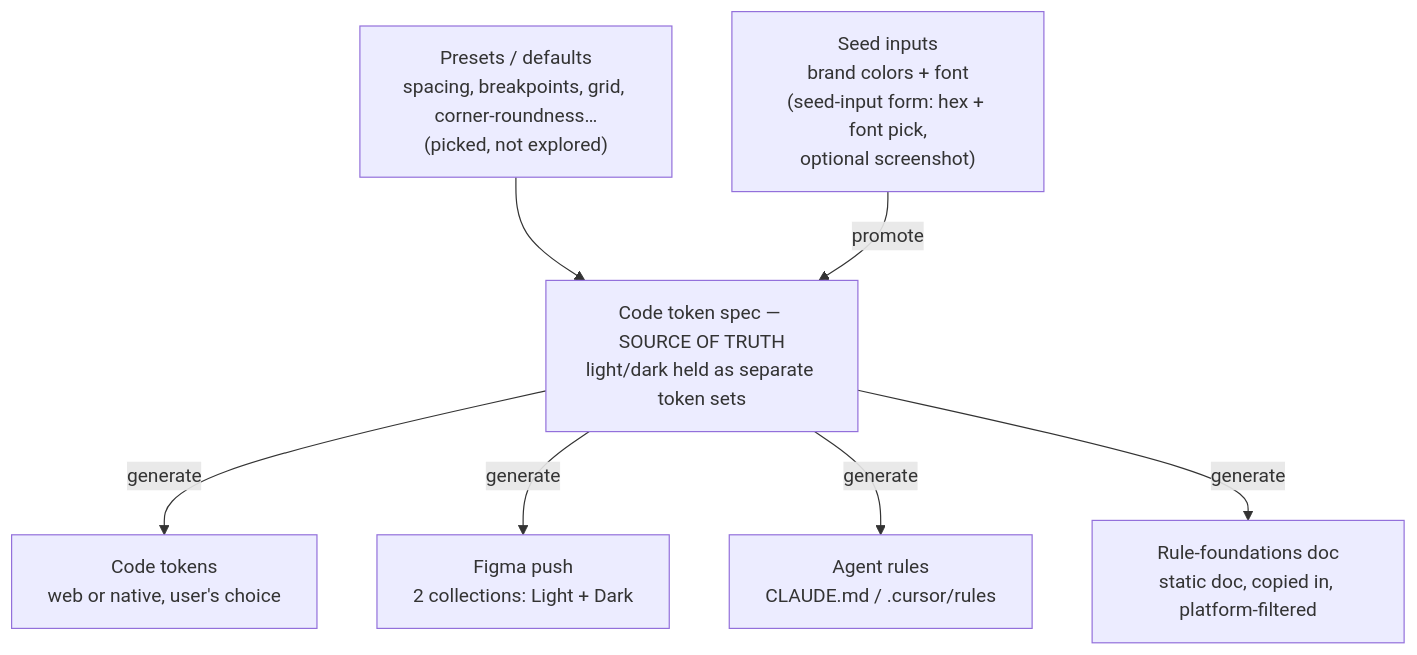
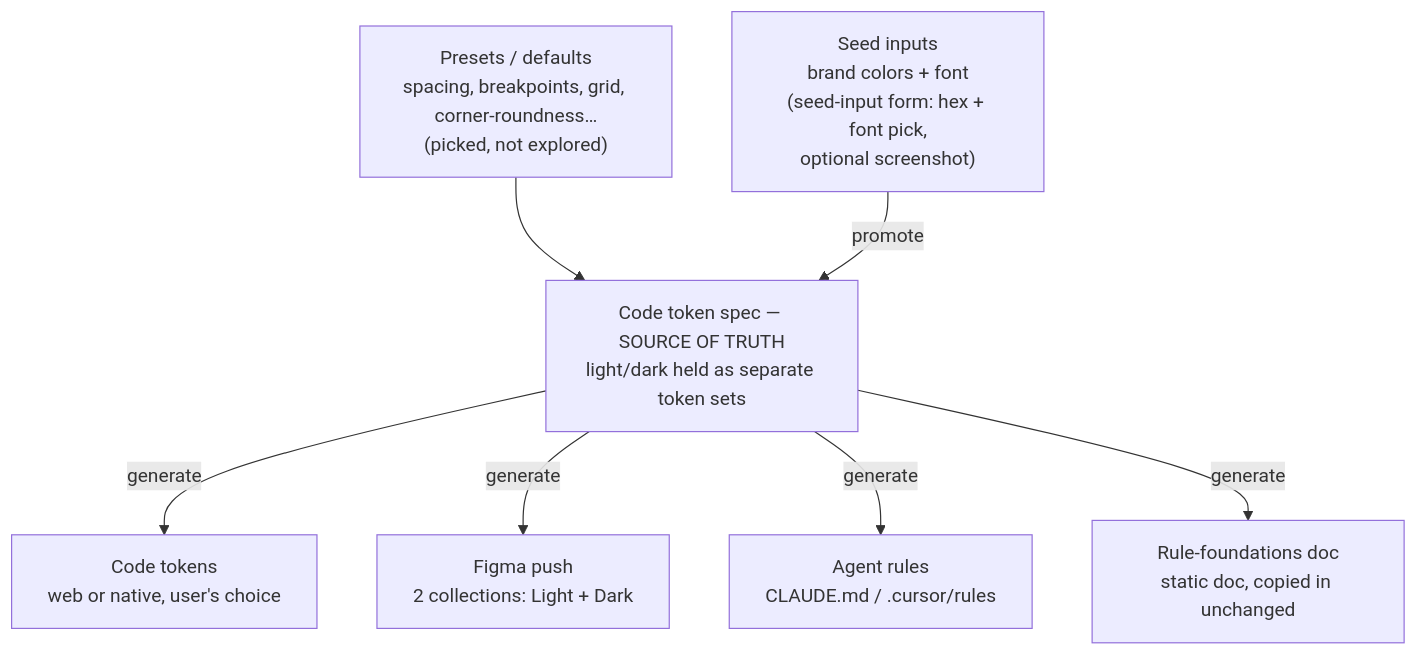
Before and after one commit to graphicalmike-ops/Scaffolded-Design-System-Generation-Tool-SDSGT: the second of 4 diagrams in pipeline-plan.md, drawn with Mermaid. The commit also changed other lines of this file and 15 other files, not shown here.

````diff
--- a/pipeline-plan.md
+++ b/pipeline-plan.md
@@ -90,17 +90,17 @@
 ```mermaid
 flowchart TD
     presets["Presets / defaults<br/>spacing, breakpoints, grid, corner-roundness…<br/>(picked, not explored)"]
     seeds["Seed inputs<br/>brand colors + font<br/>(seed-input form: hex + font pick,<br/>optional screenshot)"]
     spec["Code token spec — SOURCE OF TRUTH<br/>light/dark held as separate token sets"]
     codeTokens["Code tokens<br/>web or native, user's choice"]
     figmaPush["Figma push<br/>2 collections: Light + Dark"]
     agentRules["Agent rules<br/>CLAUDE.md / .cursor/rules"]
-    rulesDoc["Rule-foundations doc<br/>static doc, copied in, platform-filtered"]
+    rulesDoc["Rule-foundations doc<br/>static doc, copied in unchanged"]
 
     presets --> spec
     seeds -->|promote| spec
     spec -->|generate| codeTokens
     spec -->|generate| figmaPush
     spec -->|generate| agentRules
     spec -->|generate| rulesDoc
 ```
````
